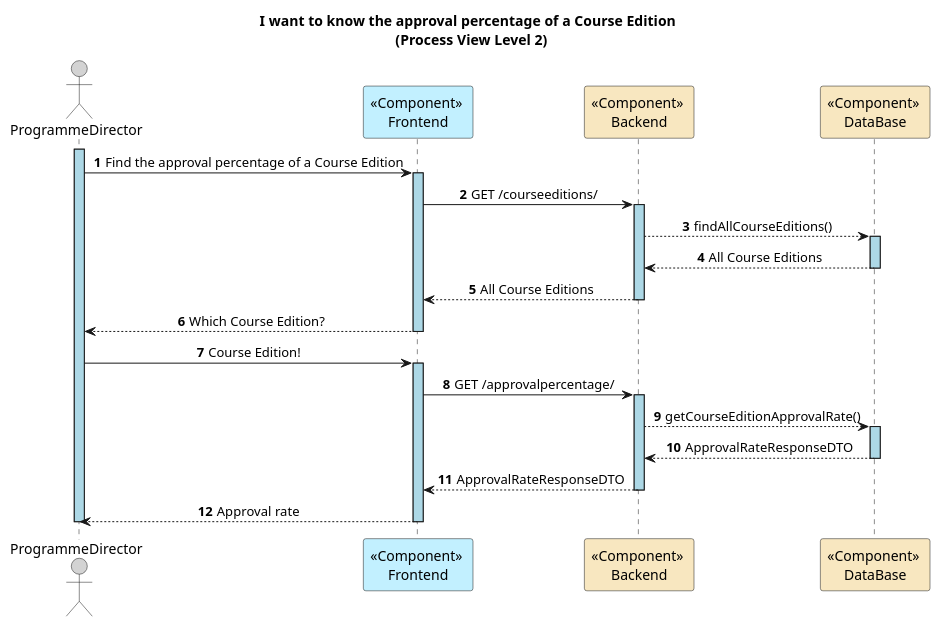
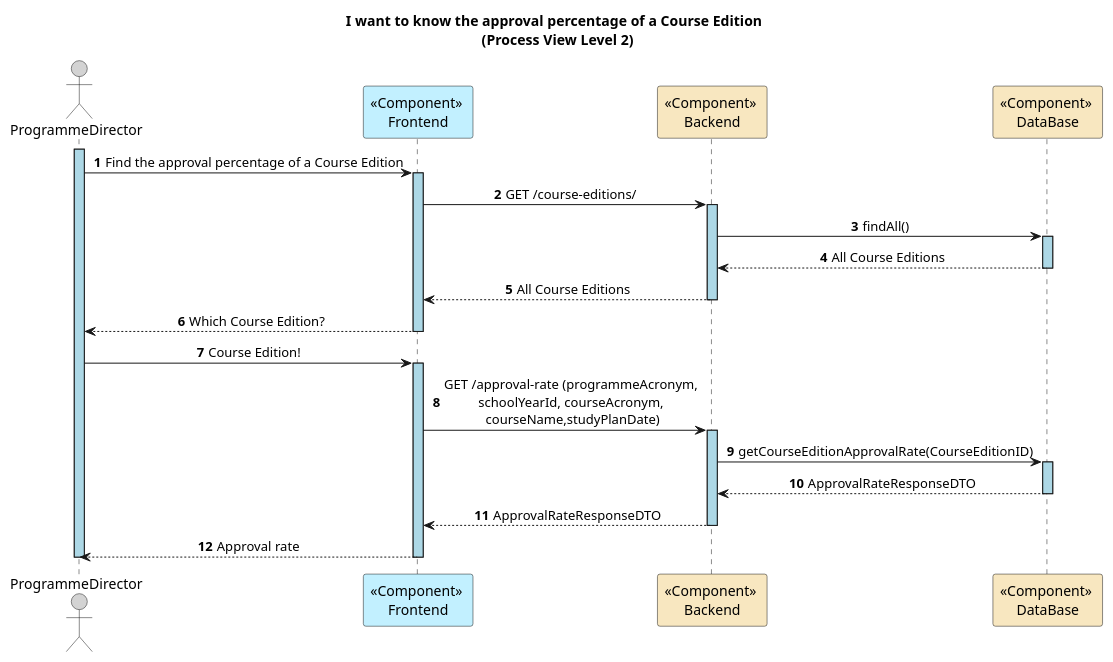
Before and after one commit to GasparISEP/DevOps-PAI: the diagram in docs/US23/REST_API/ProcessView/Level2.puml, drawn with PlantUML.

Commit message:
Update Process View's Level 2 Diagram. Refs  #725

```diff
--- a/docs/US23/REST_API/ProcessView/Level2.puml
+++ b/docs/US23/REST_API/ProcessView/Level2.puml
@@ -1,40 +1,41 @@
 @startuml
 autonumber
 skinparam sequenceMessageAlign center
 skinparam sequenceLifeLineBackgroundColor lightblue
 title: I want to know the approval percentage of a Course Edition \n (Process View Level 2)
 actor ProgrammeDirector as ProgrammeDirector #lightgrey
 
 participant "<<Component>> \nFrontend" as FE #application
 participant "<<Component>> \nBackend" as BE #strategy
 participant "<<Component>> \nDataBase" as Database #strategy
 
 activate ProgrammeDirector
 ProgrammeDirector -> FE : Find the approval percentage of a Course Edition
 activate FE
-FE -> BE : GET /courseeditions/
+FE -> BE : GET /course-editions/
 activate BE
-BE --> Database : findAllCourseEditions()
+BE -> Database : findAll()
 activate Database
 Database --> BE : All Course Editions
 deactivate Database
 BE --> FE : All Course Editions
 deactivate BE
 FE --> ProgrammeDirector : Which Course Edition?
 deactivate FE
 
 ProgrammeDirector -> FE: Course Edition!
 activate FE
-FE -> BE : GET /approvalpercentage/
+FE -> BE : GET /approval-rate (programmeAcronym,\n schoolYearId, courseAcronym, \n courseName,studyPlanDate)
+
 activate BE
-BE --> Database : getCourseEditionApprovalRate()
+BE -> Database : getCourseEditionApprovalRate(CourseEditionID)
 activate Database
 Database --> BE : ApprovalRateResponseDTO
 deactivate Database
 BE --> FE : ApprovalRateResponseDTO
 deactivate BE
 FE --> ProgrammeDirector : Approval rate
 deactivate FE
 deactivate ProgrammeDirector
 
 @enduml
```
